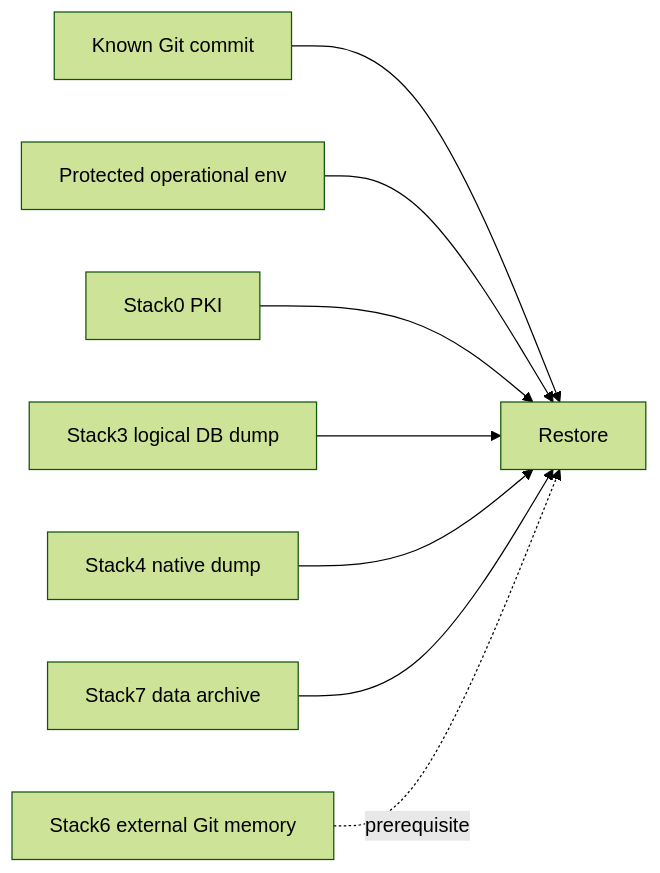
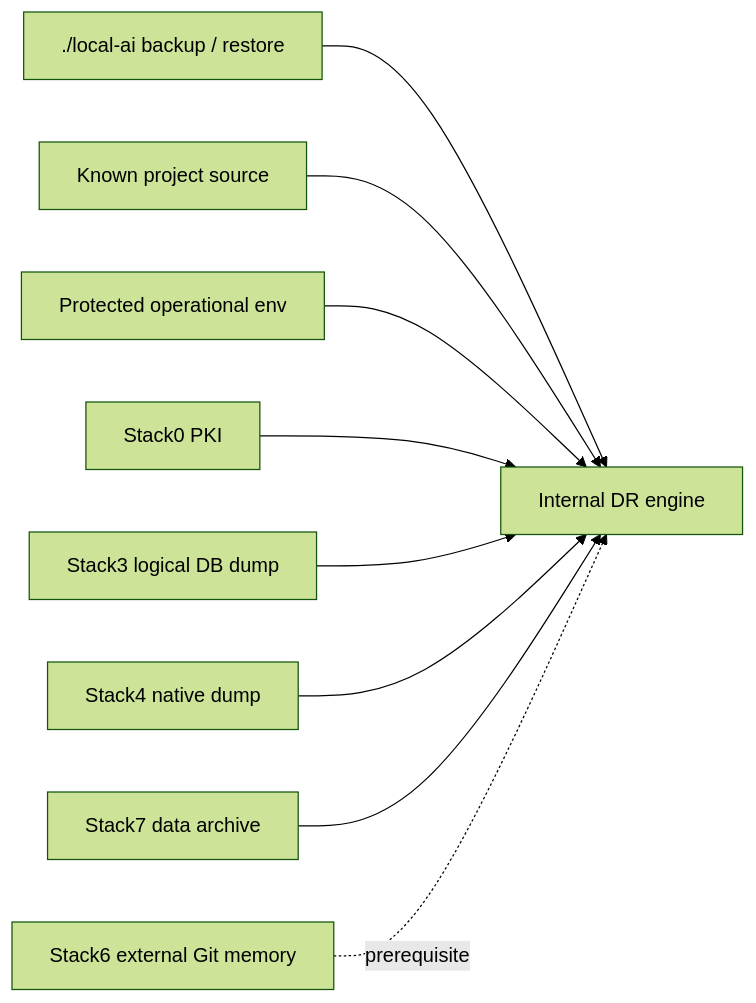
Before and after one commit to ea1het/local_hybrid_ai: the diagram in bkp-dr/README.md, drawn with Mermaid (forest theme). The commit also changed other lines of this file, not shown here.

Commit message:
Mark DR scripts internal behind local-ai

````diff
--- a/bkp-dr/README.md
+++ b/bkp-dr/README.md
@@ -5,10 +7,11 @@
 ```mermaid
 flowchart LR
-    Git[Known Git commit] --> Restore
-    Env[Protected operational env] --> Restore
-    PKI[Stack0 PKI] --> Restore
-    DB[Stack3 logical DB dump] --> Restore
-    Gitea[Stack4 native dump] --> Restore
-    OWUI[Stack7 data archive] --> Restore
-    Memory[Stack6 external Git memory] -. prerequisite .-> Restore
+    CLI[./local-ai backup / restore] --> Engine[Internal DR engine]
+    Git[Known project source] --> Engine
+    Env[Protected operational env] --> Engine
+    PKI[Stack0 PKI] --> Engine
+    DB[Stack3 logical DB dump] --> Engine
+    Gitea[Stack4 native dump] --> Engine
+    OWUI[Stack7 data archive] --> Engine
+    Memory[Stack6 external Git memory] -. prerequisite .-> Engine
 ```
````
